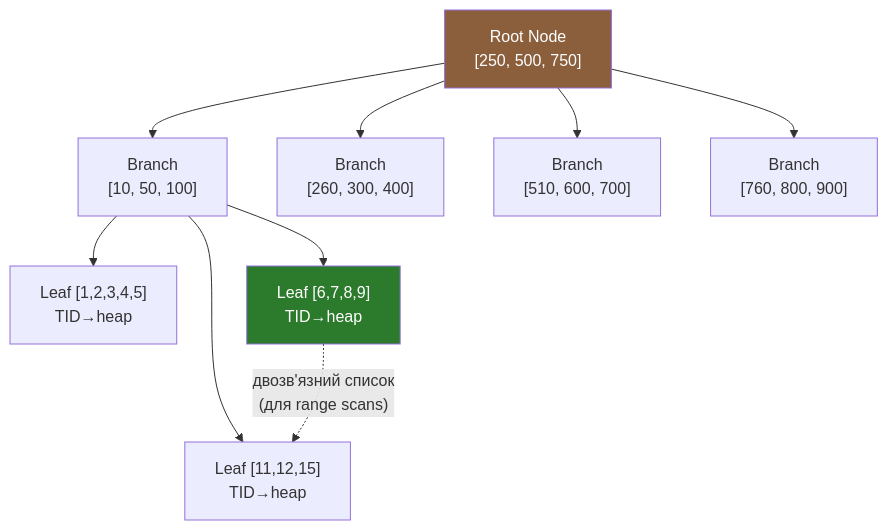
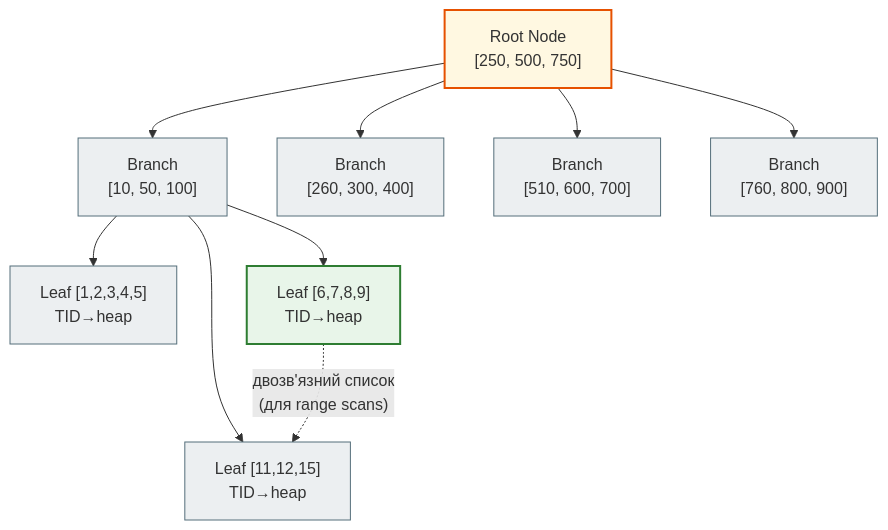
The tenth of 20 diagrams in docs/03_database_and_orm/orm_mermaid_full.md (NikoriakViktot/notes_chat_app), drawn with Mermaid before and after one commit. The commit also changed other lines of this file and 441 other files, not shown here.

First line of the commit message:
Add English version of the book, Mermaid standard, docs fixes

````diff
--- a/docs/03_database_and_orm/orm_mermaid_full.md
+++ b/docs/03_database_and_orm/orm_mermaid_full.md
@@ -401,16 +427,21 @@
 ```mermaid
 graph TD
-    Root["Root Node\n[250, 500, 750]"] --> B1["Branch\n[10, 50, 100]"]
-    Root --> B2["Branch\n[260, 300, 400]"]
-    Root --> B3["Branch\n[510, 600, 700]"]
-    Root --> B4["Branch\n[760, 800, 900]"]
+    Root["Root Node<br>[250, 500, 750]"] --> B1["Branch<br>[10, 50, 100]"]
+    Root --> B2["Branch<br>[260, 300, 400]"]
+    Root --> B3["Branch<br>[510, 600, 700]"]
+    Root --> B4["Branch<br>[760, 800, 900]"]
 
-    B1 --> L1["Leaf [1,2,3,4,5]\nTID→heap"]
-    B1 --> L2["Leaf [6,7,8,9]\nTID→heap"]
-    B1 --> L3["Leaf [11,12,15]\nTID→heap"]
+    B1 --> L1["Leaf [1,2,3,4,5]<br>TID→heap"]
+    B1 --> L2["Leaf [6,7,8,9]<br>TID→heap"]
+    B1 --> L3["Leaf [11,12,15]<br>TID→heap"]
 
-    L2 -.->|"двозв'язний список\n(для range scans)"| L3
+    L2 -.->|"двозв'язний список<br>(для range scans)"| L3
 
-    style Root fill:#8B5E3C,color:#fff
-    style L2 fill:#2C7A2C,color:#fff
+    classDef step     fill:#eceff1,stroke:#546e7a,stroke-width:1px;
+    classDef success  fill:#e8f5e9,stroke:#2e7d32,stroke-width:2px;
+    classDef warning  fill:#fff8e1,stroke:#e65100,stroke-width:2px;
+
+    class B1,B2,B3,B4,L1,L3 step;
+    class L2 success;
+    class Root warning;
 ```
````
